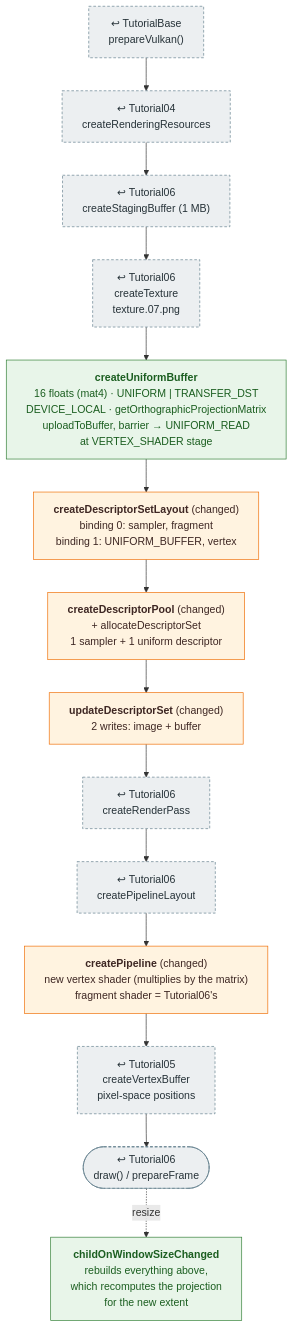
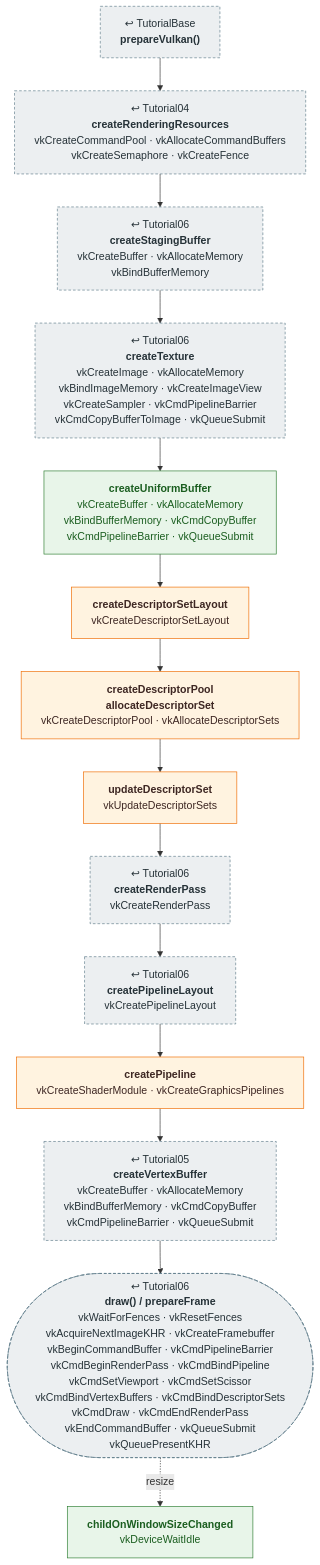
One commit to mehoggan/vulkan_graphix changed the diagram in docs/pipeline/07_uniform_buffers.md. Above: the diagram before and after it, drawn with Mermaid. The commit also changed other lines of this file and 24 other files, not shown here.

First line of the commit message:
docs: label pipeline boxes with the Vulkan calls each step makes

````diff
--- a/docs/pipeline/07_uniform_buffers.md
+++ b/docs/pipeline/07_uniform_buffers.md
@@ -11,26 +11,26 @@
 ```mermaid
 %%{init: {"flowchart": {"wrappingWidth": 400}}}%%
 flowchart TD
     classDef reused fill:#eceff1,stroke:#607d8b,stroke-dasharray:4 3,color:#263238
     classDef changed fill:#fff3e0,stroke:#ef6c00,color:#3e2723
     classDef new fill:#e8f5e9,stroke:#2e7d32,color:#1b5e20
     classDef frame fill:#f3e5f5,stroke:#6a1b9a,color:#311b92
 
-    BASE["↩ TutorialBase<br/>prepareVulkan()"]:::reused
-    RR["↩ Tutorial04<br/>createRenderingResources"]:::reused
-    STG["↩ Tutorial06<br/>createStagingBuffer (1 MB)"]:::reused
-    TEX["↩ Tutorial06<br/>createTexture<br/>texture.07.png"]:::reused
-    UBO["<b>createUniformBuffer</b><br/>16 floats (mat4) · UNIFORM | TRANSFER_DST<br/>DEVICE_LOCAL · getOrthographicProjectionMatrix<br/>uploadToBuffer, barrier → UNIFORM_READ<br/>at VERTEX_SHADER stage"]:::new
-    DSL["<b>createDescriptorSetLayout</b> (changed)<br/>binding 0: sampler, fragment<br/>binding 1: UNIFORM_BUFFER, vertex"]:::changed
-    POOL["<b>createDescriptorPool</b> (changed)<br/>+ allocateDescriptorSet<br/>1 sampler + 1 uniform descriptor"]:::changed
-    UPD["<b>updateDescriptorSet</b> (changed)<br/>2 writes: image + buffer"]:::changed
-    RP["↩ Tutorial06<br/>createRenderPass"]:::reused
-    PLL["↩ Tutorial06<br/>createPipelineLayout"]:::reused
-    PIPE["<b>createPipeline</b> (changed)<br/>new vertex shader (multiplies by the matrix)<br/>fragment shader = Tutorial06's"]:::changed
-    VB["↩ Tutorial05<br/>createVertexBuffer<br/>pixel-space positions"]:::reused
-    DRAW(["↩ Tutorial06<br/>draw() / prepareFrame"]):::reused
-    RESIZE["<b>childOnWindowSizeChanged</b><br/>rebuilds everything above,<br/>which recomputes the projection<br/>for the new extent"]:::new
+    BASE["↩ TutorialBase<br/><b>prepareVulkan()</b>"]:::reused
+    RR["↩ Tutorial04<br/><b>createRenderingResources</b><br/>vkCreateCommandPool  ·  vkAllocateCommandBuffers<br/>vkCreateSemaphore  ·  vkCreateFence"]:::reused
+    STG["↩ Tutorial06<br/><b>createStagingBuffer</b><br/>vkCreateBuffer  ·  vkAllocateMemory<br/>vkBindBufferMemory"]:::reused
+    TEX["↩ Tutorial06<br/><b>createTexture</b><br/>vkCreateImage  ·  vkAllocateMemory<br/>vkBindImageMemory  ·  vkCreateImageView<br/>vkCreateSampler  ·  vkCmdPipelineBarrier<br/>vkCmdCopyBufferToImage  ·  vkQueueSubmit"]:::reused
+    UBO["<b>createUniformBuffer</b><br/>vkCreateBuffer  ·  vkAllocateMemory<br/>vkBindBufferMemory  ·  vkCmdCopyBuffer<br/>vkCmdPipelineBarrier  ·  vkQueueSubmit"]:::new
+    DSL["<b>createDescriptorSetLayout</b><br/>vkCreateDescriptorSetLayout"]:::changed
+    POOL["<b>createDescriptorPool</b><br/><b>allocateDescriptorSet</b><br/>vkCreateDescriptorPool  ·  vkAllocateDescriptorSets"]:::changed
+    UPD["<b>updateDescriptorSet</b><br/>vkUpdateDescriptorSets"]:::changed
+    RP["↩ Tutorial06<br/><b>createRenderPass</b><br/>vkCreateRenderPass"]:::reused
+    PLL["↩ Tutorial06<br/><b>createPipelineLayout</b><br/>vkCreatePipelineLayout"]:::reused
+    PIPE["<b>createPipeline</b><br/>vkCreateShaderModule  ·  vkCreateGraphicsPipelines"]:::changed
+    VB["↩ Tutorial05<br/><b>createVertexBuffer</b><br/>vkCreateBuffer  ·  vkAllocateMemory<br/>vkBindBufferMemory  ·  vkCmdCopyBuffer<br/>vkCmdPipelineBarrier  ·  vkQueueSubmit"]:::reused
+    DRAW(["↩ Tutorial06<br/><b>draw() / prepareFrame</b><br/>vkWaitForFences  ·  vkResetFences<br/>vkAcquireNextImageKHR  ·  vkCreateFramebuffer<br/>vkBeginCommandBuffer  ·  vkCmdPipelineBarrier<br/>vkCmdBeginRenderPass  ·  vkCmdBindPipeline<br/>vkCmdSetViewport  ·  vkCmdSetScissor<br/>vkCmdBindVertexBuffers  ·  vkCmdBindDescriptorSets<br/>vkCmdDraw  ·  vkCmdEndRenderPass<br/>vkEndCommandBuffer  ·  vkQueueSubmit<br/>vkQueuePresentKHR"]):::reused
+    RESIZE["<b>childOnWindowSizeChanged</b><br/>vkDeviceWaitIdle"]:::new
 
     BASE --> RR --> STG --> TEX --> UBO --> DSL --> POOL --> UPD --> RP --> PLL --> PIPE --> VB --> DRAW
     DRAW -. resize .-> RESIZE
 ```
````
